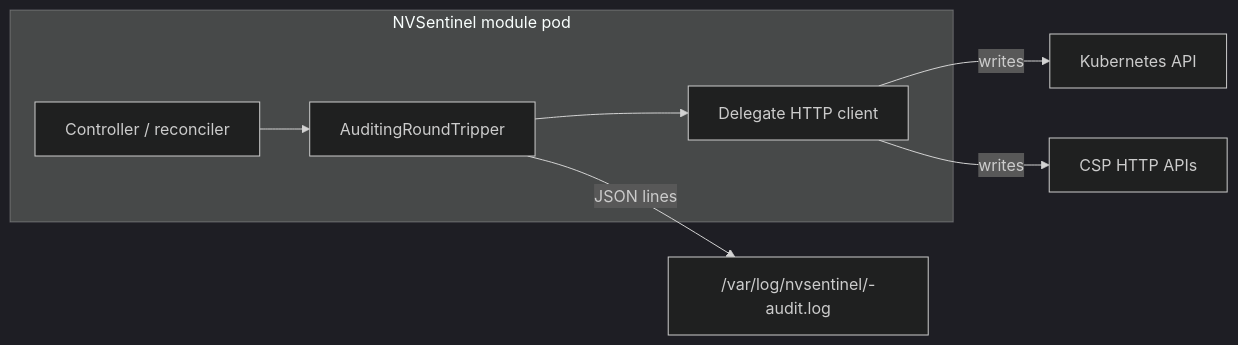
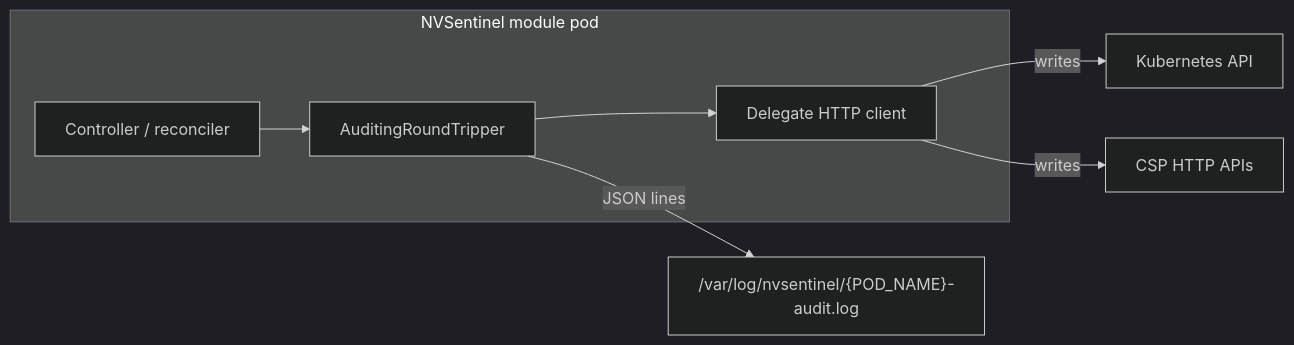
Before and after one commit to rupalis-nv/NVSentinel: the diagram in docs/audit-logging.md, drawn with Mermaid (dark theme). The commit also changed other lines of this file and 56 other files, not shown here.

````diff
--- a/docs/audit-logging.md
+++ b/docs/audit-logging.md
@@ -21,13 +21,13 @@
 ```mermaid
 flowchart LR
   subgraph NS["NVSentinel module pod"]
     APP[Controller / reconciler]
     RT[AuditingRoundTripper]
     HTTP[Delegate HTTP client]
     APP --> RT
     RT --> HTTP
   end
   HTTP -->|writes| K8S[Kubernetes API]
   HTTP -->|writes| CSP[CSP HTTP APIs]
-  RT -->|JSON lines| LOG["/var/log/nvsentinel/<pod>-audit.log"]
+  RT -->|JSON lines| LOG["/var/log/nvsentinel/{POD_NAME}-audit.log"]
 ```
````
